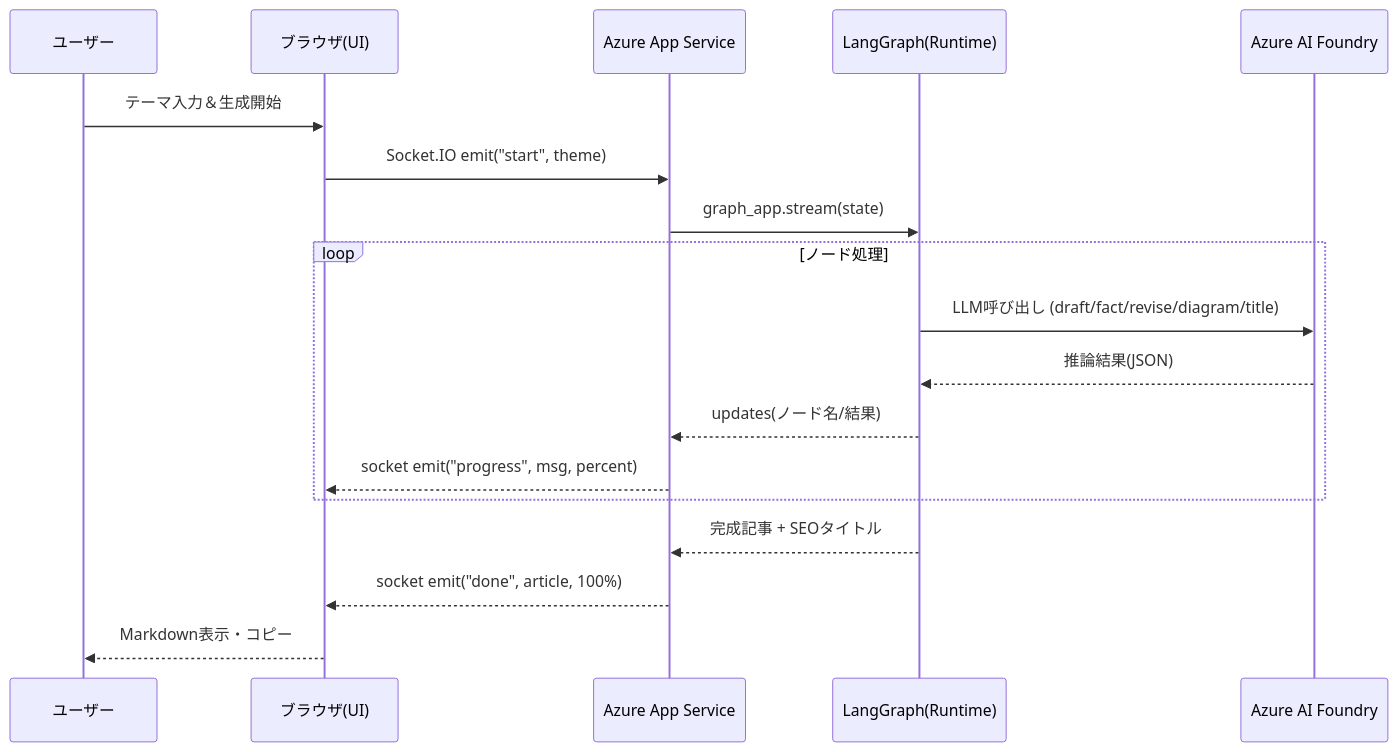
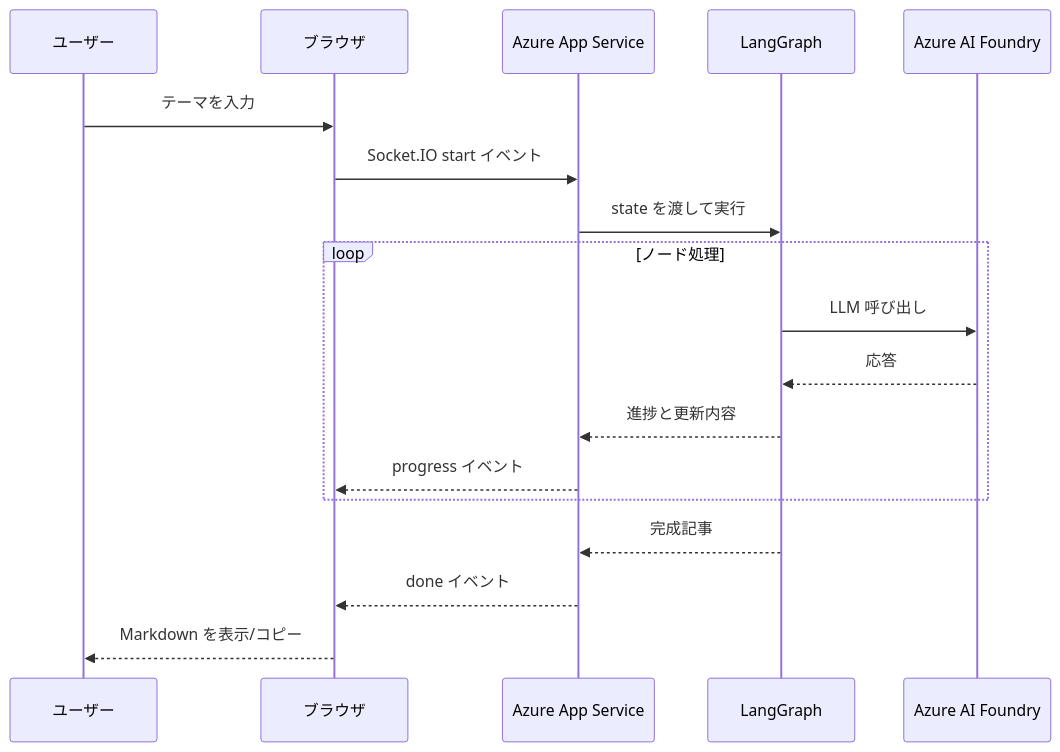
Before and after one commit to Ken-kichi/create-article-p: the second of 2 diagrams in article.md, drawn with Mermaid. The commit also changed other lines of this file, not shown here.

````diff
--- a/article.md
+++ b/article.md
@@ -139,21 +38,21 @@
 ```mermaid
 sequenceDiagram
   participant User as ユーザー
-  participant Browser as ブラウザ(UI)
-  participant AppService as Azure App Service
-  participant LangGraph as LangGraph(Runtime)
+  participant Browser as ブラウザ
+  participant App as Azure App Service
+  participant Graph as LangGraph
   participant Foundry as Azure AI Foundry
 
-  User->>Browser: テーマ入力＆生成開始
-  Browser->>AppService: Socket.IO emit("start", theme)
-  AppService->>LangGraph: graph_app.stream(state)
+  User->>Browser: テーマを入力
+  Browser->>App: Socket.IO start イベント
+  App->>Graph: state を渡して実行
   loop ノード処理
-    LangGraph->>Foundry: LLM呼び出し (draft/fact/revise/diagram/title)
-    Foundry-->>LangGraph: 推論結果(JSON)
-    LangGraph-->>AppService: updates(ノード名/結果)
-    AppService-->>Browser: socket emit("progress", msg, percent)
+    Graph->>Foundry: LLM 呼び出し
+    Foundry-->>Graph: 応答
+    Graph-->>App: 進捗と更新内容
+    App-->>Browser: progress イベント
   end
-  LangGraph-->>AppService: 完成記事 + SEOタイトル
-  AppService-->>Browser: socket emit("done", article, 100%)
-  Browser-->>User: Markdown表示・コピー
+  Graph-->>App: 完成記事
+  App-->>Browser: done イベント
+  Browser-->>User: Markdown を表示/コピー
 ```
````
